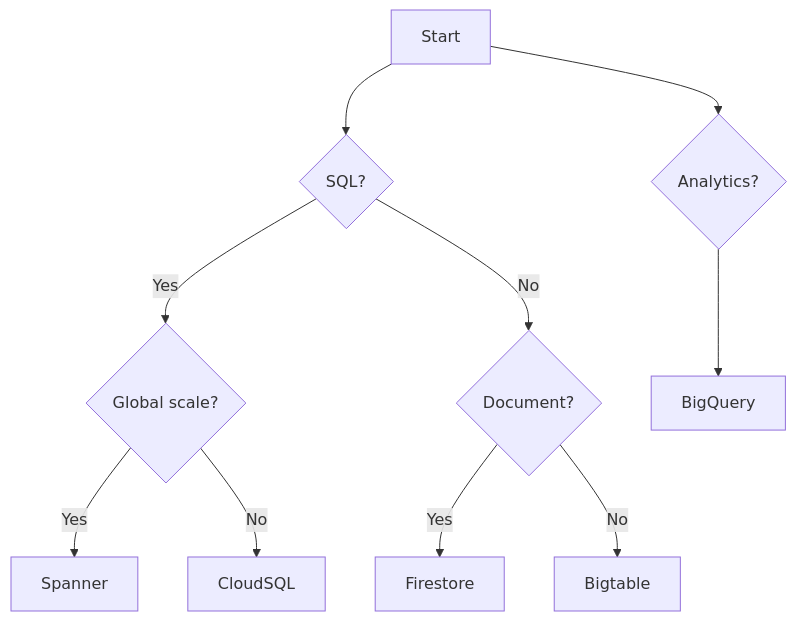
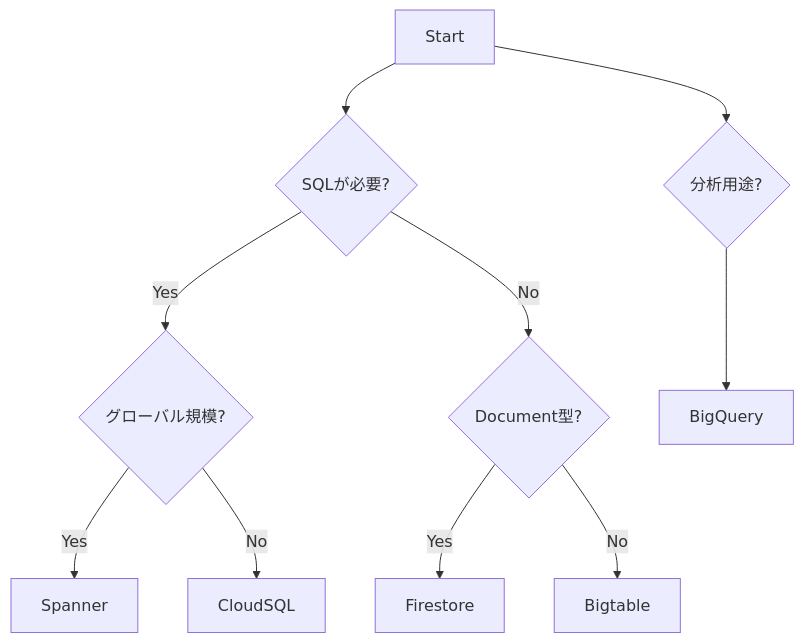
The second of 10 diagrams in 06_LAB/01_GCP_ACE_HACK/sessions_ver262/06_database.md (conti0513/development_public), drawn with Mermaid before and after one commit. The commit also changed other lines of this file and 9 other files, not shown here.

````diff
--- a/06_LAB/01_GCP_ACE_HACK/sessions_ver262/06_database.md
+++ b/06_LAB/01_GCP_ACE_HACK/sessions_ver262/06_database.md
@@ -30,15 +38,16 @@
 ```mermaid
 flowchart TD
-Start --> A{SQL?}
 
-A -->|Yes| B{Global scale?}
+Start --> A{SQLが必要?}
+
+A -->|Yes| B{グローバル規模?}
 B -->|Yes| Spanner
 B -->|No| CloudSQL
 
-A -->|No| C{Document?}
+A -->|No| C{Document型?}
 C -->|Yes| Firestore
 C -->|No| Bigtable
 
-Start --> D{Analytics?}
+Start --> D{分析用途?}
 D --> BigQuery
 ```
````
